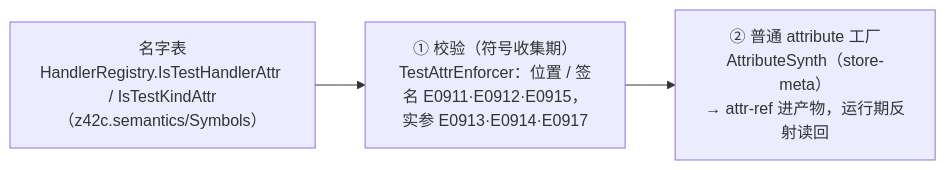
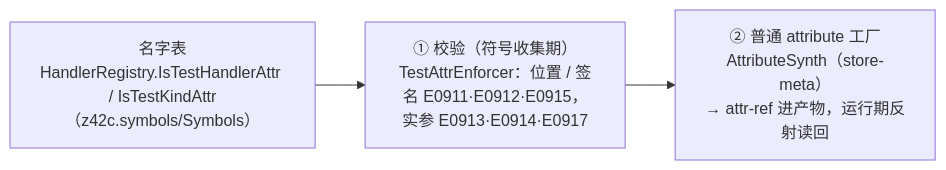
Before and after one commit to z42-lang/z42: the diagram in docs/internals/src/testing/framework.md, drawn with Mermaid. The commit also changed other lines of this file and 20 other files, not shown here.

````diff
--- a/docs/internals/src/testing/framework.md
+++ b/docs/internals/src/testing/framework.md
@@ -60,6 +60,6 @@
 ```mermaid
 flowchart LR
-  N["名字表<br/>HandlerRegistry.IsTestHandlerAttr / IsTestKindAttr<br/>（z42c.semantics/Symbols）"] --> V
+  N["名字表<br/>HandlerRegistry.IsTestHandlerAttr / IsTestKindAttr<br/>（z42c.symbols/Symbols）"] --> V
   V["① 校验（符号收集期）<br/>TestAttrEnforcer：位置 / 签名 E0911·E0912·E0915，<br/>实参 E0913·E0914·E0917"] --> F
   F["② 普通 attribute 工厂<br/>AttributeSynth（store-meta）<br/>→ attr-ref 进产物，运行期反射读回"]
 ```
````
